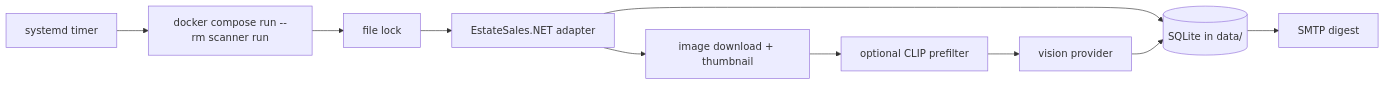
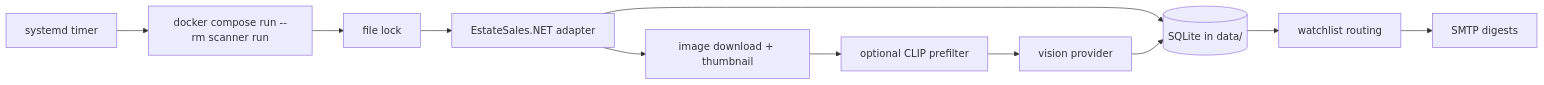
The diagram in README.md (Tohutson/EstateWatch), drawn with Mermaid before and after one commit. The commit also changed other lines of this file and 29 other files, not shown here.

````diff
--- a/README.md
+++ b/README.md
@@ -7,12 +17,13 @@
 ```mermaid
 flowchart LR
   Timer[systemd timer] --> Docker[docker compose run --rm scanner run]
   Docker --> Lock[file lock]
   Lock --> ES[EstateSales.NET adapter]
   ES --> DB[(SQLite in data/)]
   ES --> Images[image download + thumbnail]
   Images --> Prefilter[optional CLIP prefilter]
   Prefilter --> Vision[vision provider]
   Vision --> DB
-  DB --> Email[SMTP digest]
+  DB --> Routing[watchlist routing]
+  Routing --> Email[SMTP digests]
 ```
````
